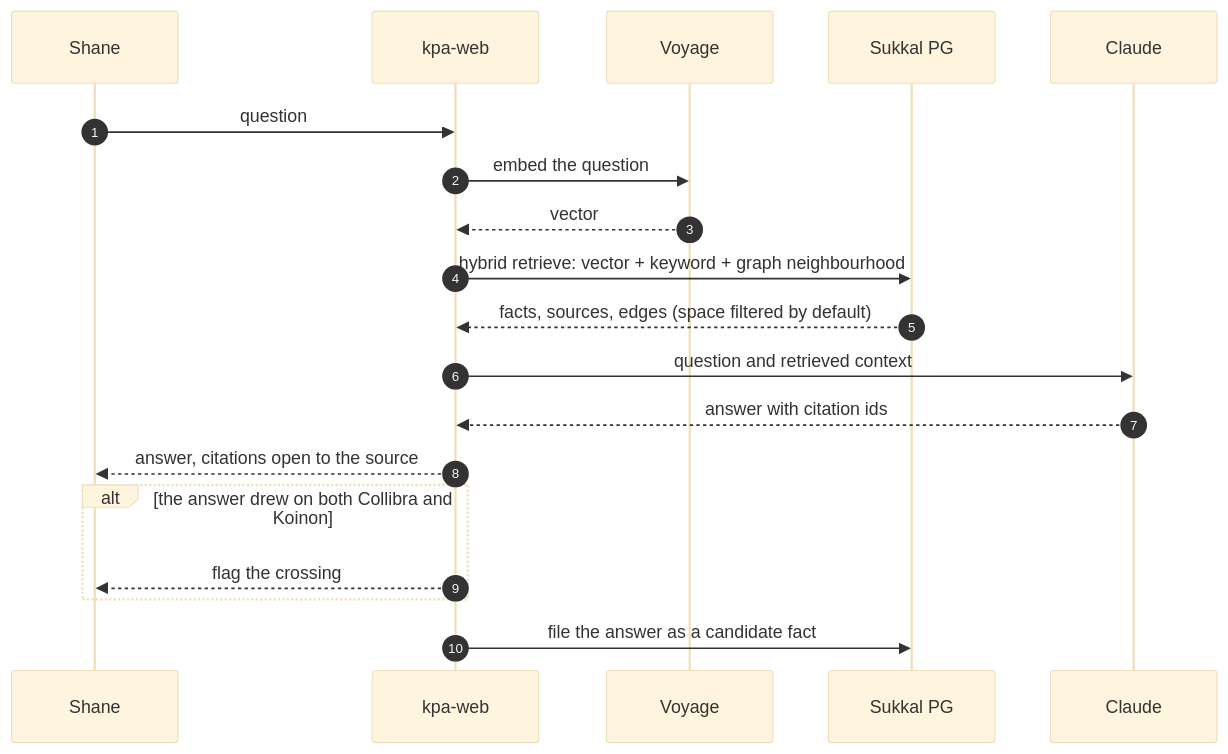
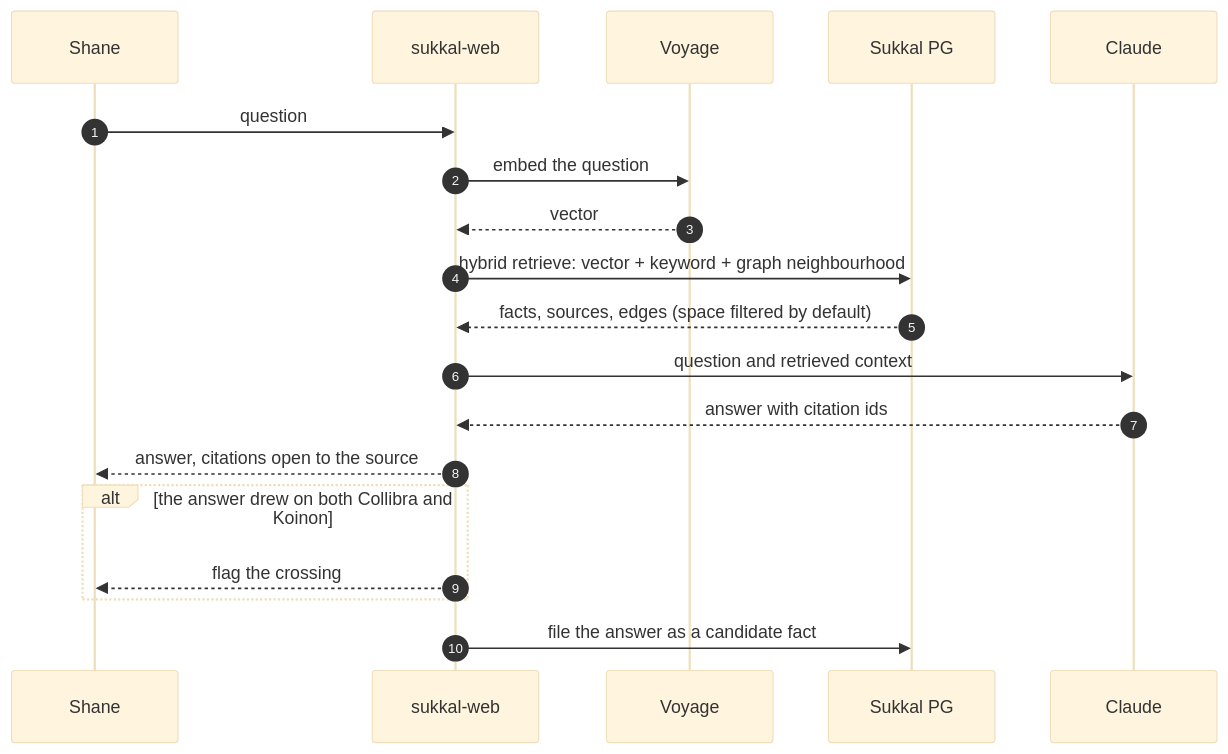
Before and after one commit to shanedolley/sukkal: the fifth of 6 diagrams in docs/project-brief.md, drawn with Mermaid (base theme). The commit also changed other lines of this file and 67 other files, not shown here.

````diff
--- a/docs/project-brief.md
+++ b/docs/project-brief.md
@@ -782,22 +786,22 @@
 ```mermaid
 sequenceDiagram
   autonumber
   participant U as Shane
-  participant Web as kpa-web
+  participant Web as sukkal-web
   participant V as Voyage
   participant P as Sukkal PG
   participant L as Claude
 
   U->>Web: question
   Web->>V: embed the question
   V-->>Web: vector
   Web->>P: hybrid retrieve: vector + keyword + graph neighbourhood
   P-->>Web: facts, sources, edges (space filtered by default)
   Web->>L: question and retrieved context
   L-->>Web: answer with citation ids
   Web-->>U: answer, citations open to the source
   alt the answer drew on both Collibra and Koinon
     Web-->>U: flag the crossing
   end
   Web->>P: file the answer as a candidate fact
 ```
````
